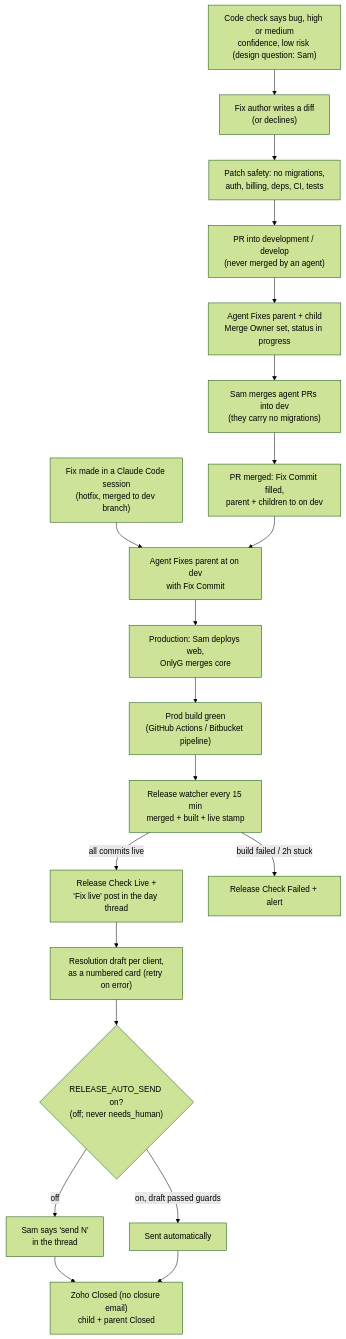
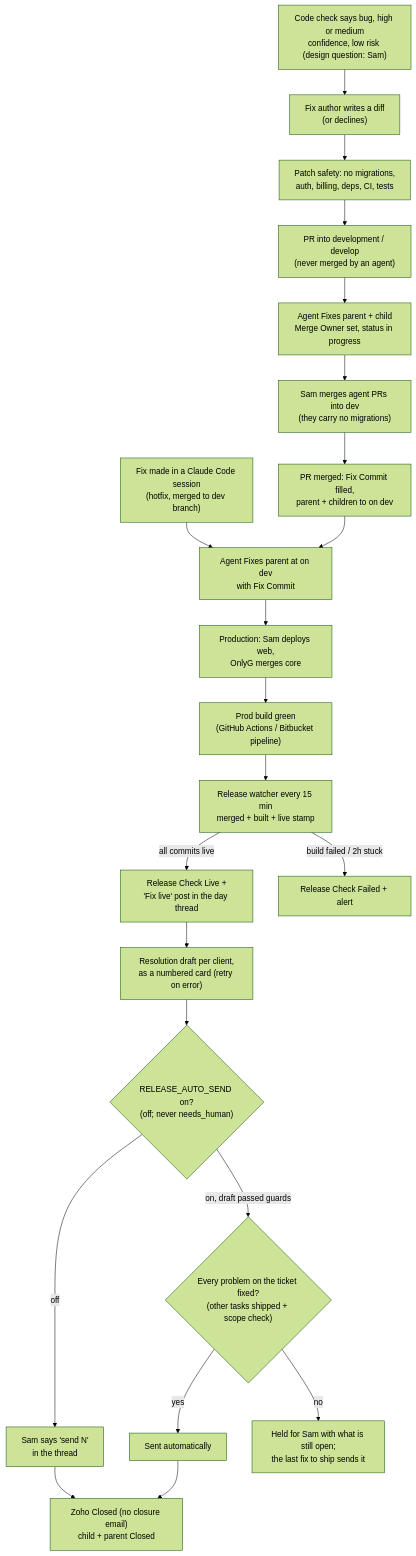
The second of 12 diagrams in WORKFLOWS.md (vomeadmin/vome-os), drawn with Mermaid (forest theme) before and after one commit. The commit also changed other lines of this file and 28 other files, not shown here.

````diff
--- a/WORKFLOWS.md
+++ b/WORKFLOWS.md
@@ -56,21 +56,23 @@
 ```mermaid
 flowchart TD
   CC["Code check says bug, high or medium<br/>confidence, low risk (design question: Sam)"]:::deployed --> FA["Fix author writes a diff<br/>(or declines)"]:::deployed
   FA --> PS["Patch safety: no migrations,<br/>auth, billing, deps, CI, tests"]:::live
   PS --> PR["PR into development / develop<br/>(never merged by an agent)"]:::built
   PR --> AF["Agent Fixes parent + child<br/>Merge Owner set, status in progress"]:::built
   AF --> MG["Sam merges agent PRs into dev<br/>(they carry no migrations)"]:::live
   MG --> PM["PR merged: Fix Commit filled,<br/>parent + children to on dev"]:::built
   HM["Fix made in a Claude Code session<br/>(hotfix, merged to dev branch)"]:::live --> OD
   PM --> OD["Agent Fixes parent at on dev<br/>with Fix Commit"]:::live
   OD --> PROMO["Production: Sam deploys web,<br/>OnlyG merges core"]:::live
   PROMO --> BUILD["Prod build green<br/>(GitHub Actions / Bitbucket pipeline)"]:::live
   BUILD --> W["Release watcher every 15 min<br/>merged + built + live stamp"]:::live
   W -->|all commits live| LIVE["Release Check Live +<br/>'Fix live' post in the day thread"]:::live
   W -->|build failed / 2h stuck| FAIL["Release Check Failed + alert"]:::deployed
   LIVE --> RD["Resolution draft per client,<br/>as a numbered card (retry on error)"]:::broken
   RD --> AUTO{"RELEASE_AUTO_SEND on?<br/>(off; never needs_human)"}:::decide
   AUTO -->|off| SEND["Sam says 'send N'<br/>in the thread"]:::deployed
-  AUTO -->|on, draft passed guards| AS["Sent automatically"]:::decide
+  AUTO -->|on, draft passed guards| SCOPE{"Every problem on the ticket fixed?<br/>(other tasks shipped + scope check)"}:::built
+  SCOPE -->|yes| AS["Sent automatically"]:::decide
+  SCOPE -->|no| HELD["Held for Sam with what is still open;<br/>the last fix to ship sends it"]:::built
   SEND & AS --> CLOSE["Zoho Closed (no closure email)<br/>child + parent Closed"]:::built
 ```
````
